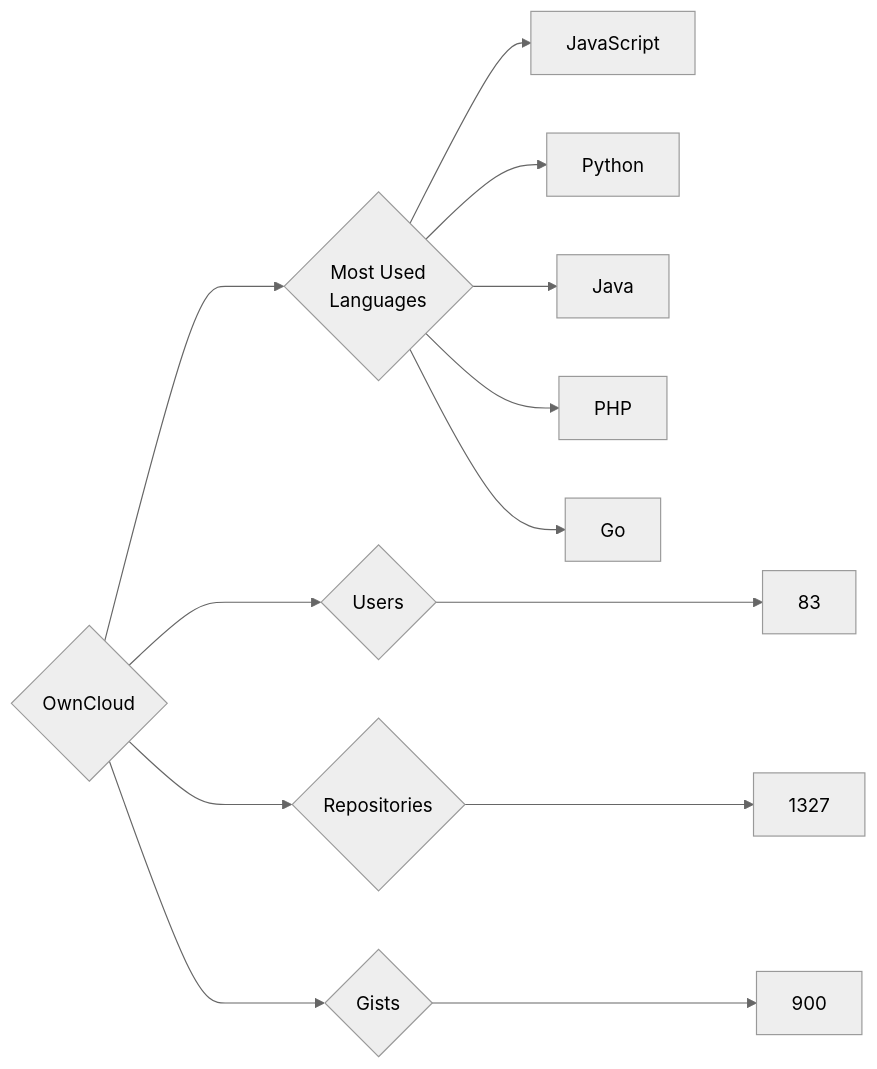
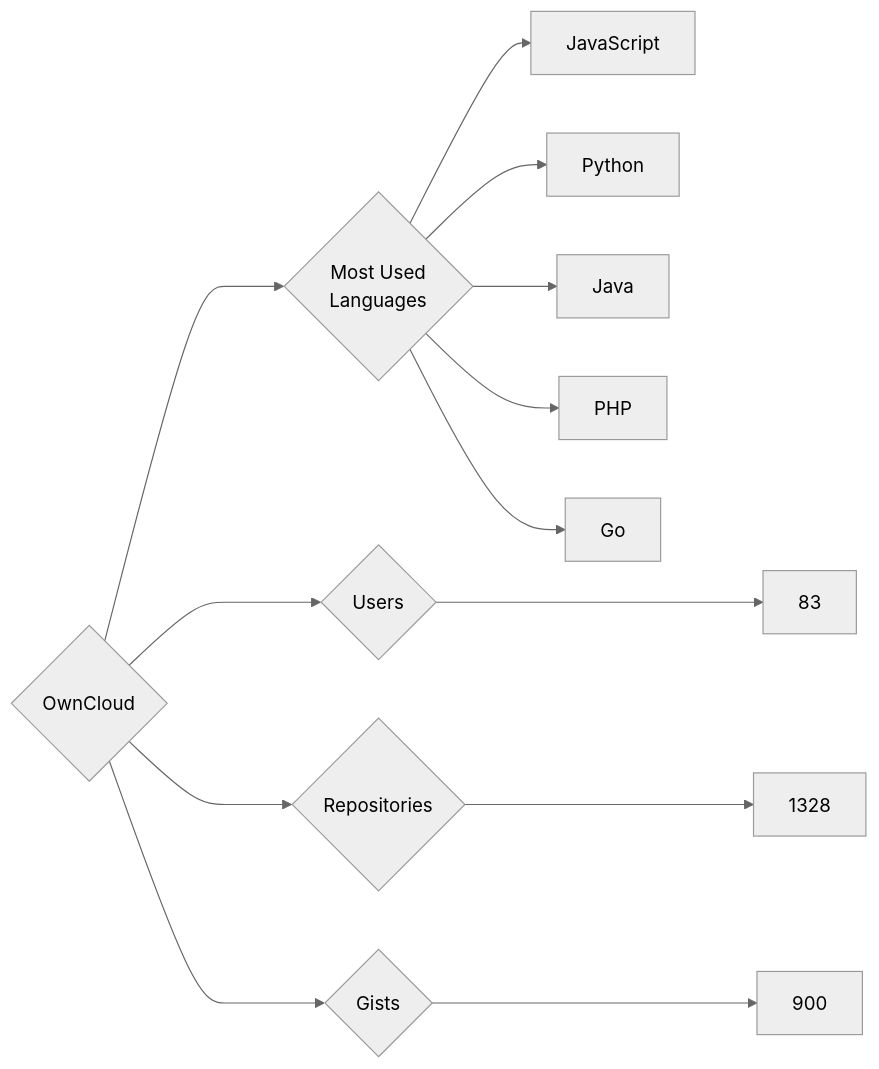
The diagram in targets/OwnCloud/README.md (trickest/insiders), drawn with Mermaid (neutral theme) before and after one commit. The commit also changed 871 other files, not shown here.

````diff
--- a/targets/OwnCloud/README.md
+++ b/targets/OwnCloud/README.md
@@ -3,13 +3,13 @@
 ```mermaid
 graph LR
 COMPANY_NAME{OwnCloud}
 COMPANY_NAME ---> U{Users} ---> UN[83]
-COMPANY_NAME ---> R{Repositories} ---> RN[1327]
+COMPANY_NAME ---> R{Repositories} ---> RN[1328]
 COMPANY_NAME ---> G{Gists} ---> GN[900]
 COMPANY_NAME ---> ML{Most Used<br>Languages}
 ML --> JavaScript[JavaScript]
 ML --> Python[Python]
 ML --> Java[Java]
 ML --> PHP[PHP]
 ML --> Go[Go]
 ```
````
